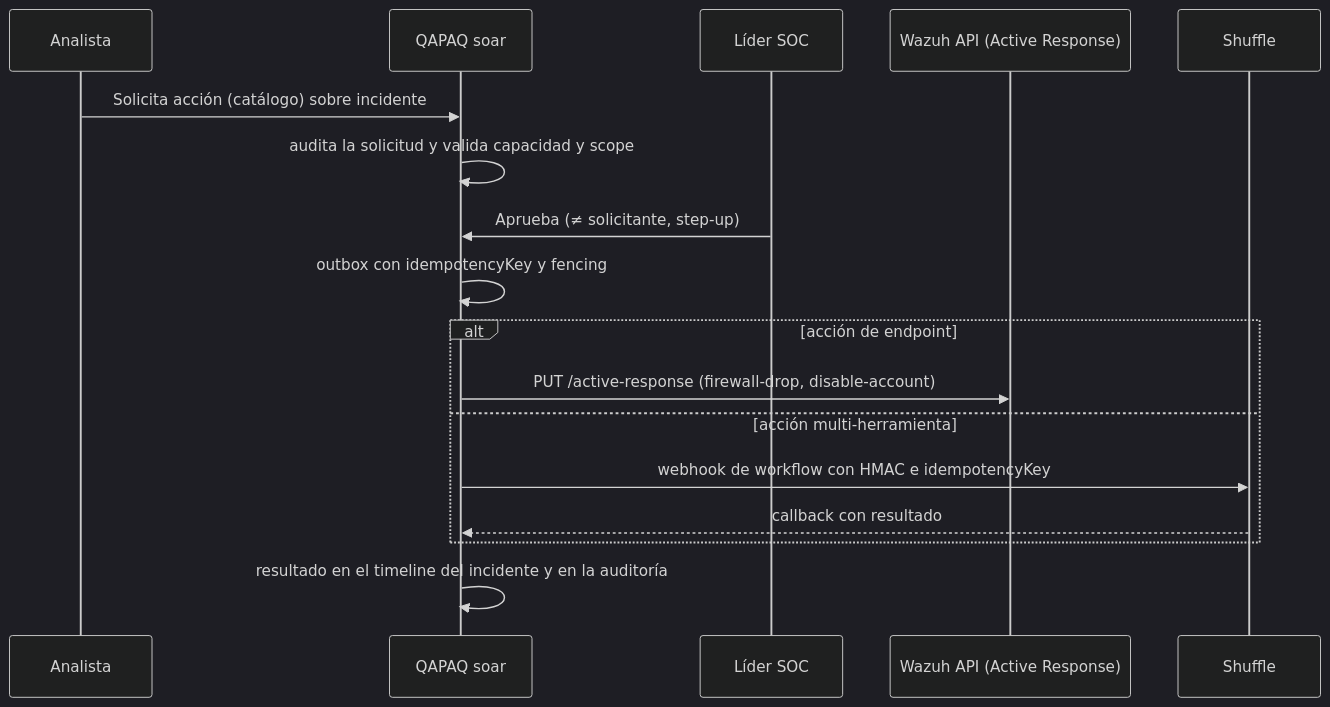
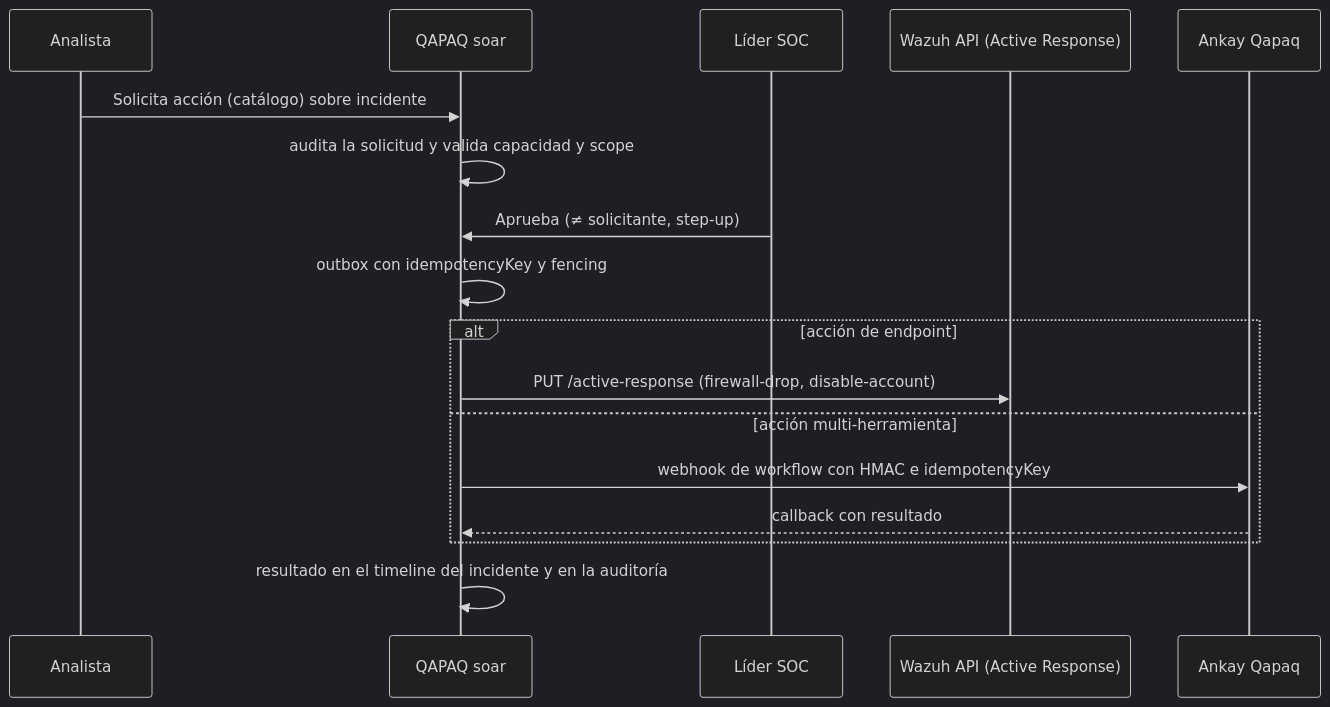
Before and after one commit to CyberStill-GmbH/qapaq-secops: the diagram in docs/07-deteccion-ml-y-soar.md, drawn with Mermaid (dark theme). The commit also changed other lines of this file and 11 other files, not shown here.

First line of the commit message:
fix(ankay): consistencia de Ankay Qapaq en docs, decisiones y configuración

````diff
--- a/docs/07-deteccion-ml-y-soar.md
+++ b/docs/07-deteccion-ml-y-soar.md
@@ -75,19 +75,19 @@
 ```mermaid
 sequenceDiagram
   participant A as Analista
   participant Q as QAPAQ soar
   participant L as Líder SOC
   participant W as Wazuh API (Active Response)
-  participant S as Shuffle
+  participant S as Ankay Qapaq
   A->>Q: Solicita acción (catálogo) sobre incidente
   Q->>Q: audita la solicitud y valida capacidad y scope
   L->>Q: Aprueba (≠ solicitante, step-up)
   Q->>Q: outbox con idempotencyKey y fencing
   alt acción de endpoint
     Q->>W: PUT /active-response (firewall-drop, disable-account)
   else acción multi-herramienta
     Q->>S: webhook de workflow con HMAC e idempotencyKey
     S-->>Q: callback con resultado
   end
   Q->>Q: resultado en el timeline del incidente y en la auditoría
 ```
````
